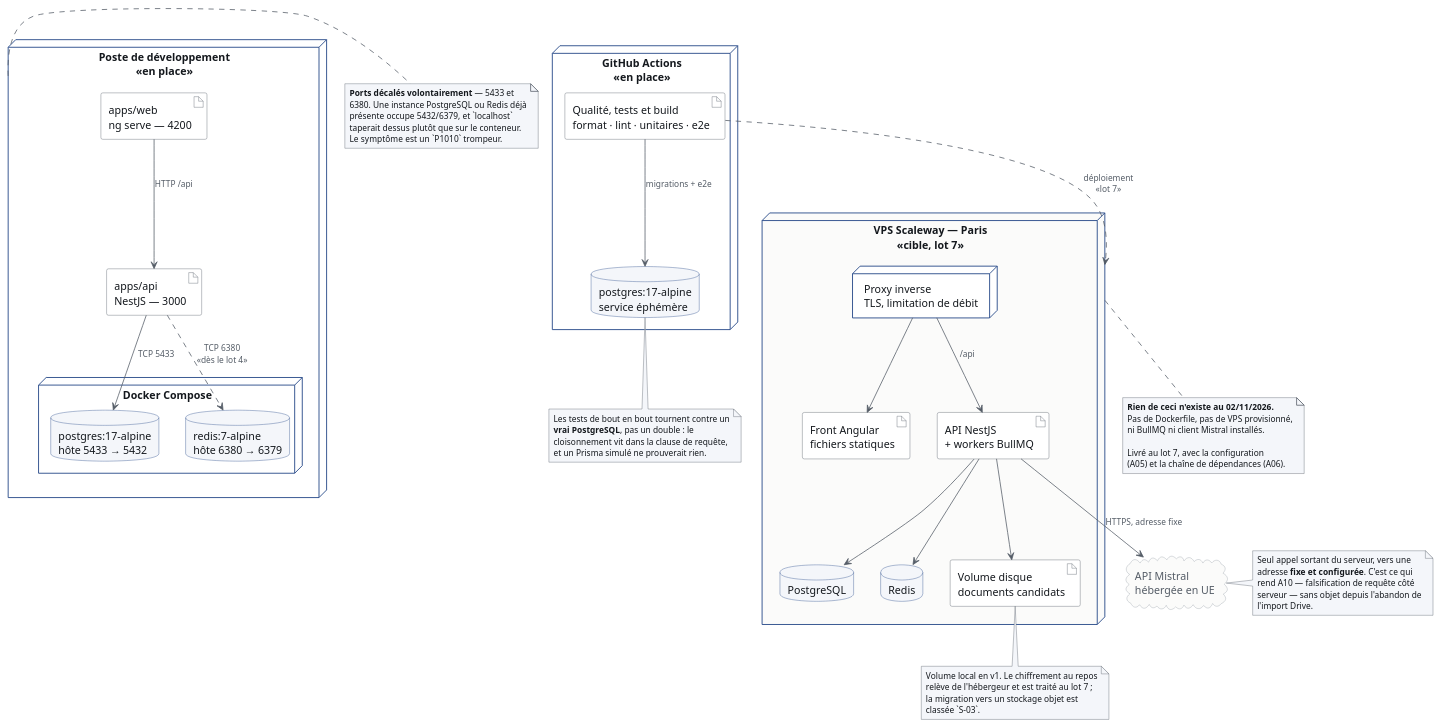
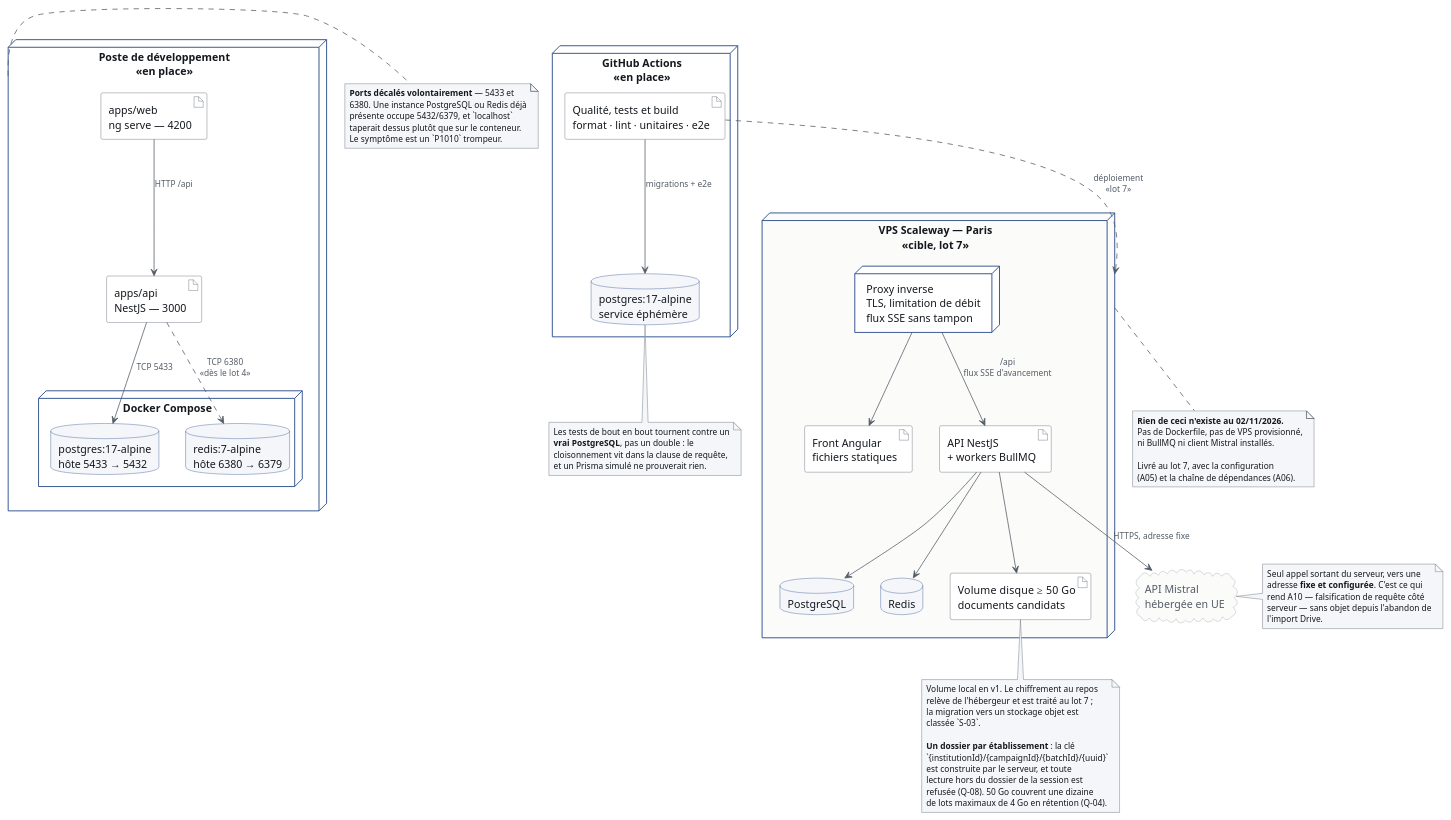
One commit to XamTV/Probo changed the diagram in docs/conception/diagramme-deploiement.puml. Above: the diagram before and after it, drawn with PlantUML. The commit also changed 4 other files, not shown here.

```diff
--- a/docs/conception/diagramme-deploiement.puml
+++ b/docs/conception/diagramme-deploiement.puml
@@ -1,134 +1,141 @@
 @startuml diagramme-deploiement
 ' Probo — diagramme de déploiement
 '
 ' Deux environnements, et la distinction est le propos du diagramme :
 '
 '   EN PLACE    — ce qui tourne aujourd'hui : le poste de développement et la
 '                 chaîne d'intégration continue.
 '   CIBLE       — la production, qui n'existe pas encore. Aucun Dockerfile
 '                 n'est écrit, aucun VPS n'est provisionné. Elle est livrée au
 '                 lot 7, avec A05 et A06 du plan de sécurisation.
 '
 ' Les mentionner ensemble sans les distinguer reviendrait à revendiquer une
 ' capacité non implémentée. Le trait pointillé et la mention « lot 7 » portent
 ' cette distinction.
 
 skinparam shadowing false
 skinparam defaultFontName Helvetica
 skinparam node {
   BackgroundColor #FFFFFF
   BorderColor #294B8A
   BorderThickness 1.2
   FontColor #14181D
 }
 skinparam database {
   BackgroundColor #F4F6FA
   BorderColor #294B8A
   FontColor #14181D
 }
 skinparam cloud {
   BackgroundColor #FBFBFA
   BorderColor #9AA1A9
   FontColor #545C66
 }
 skinparam artifact {
   BackgroundColor #FFFFFF
   BorderColor #545C66
   FontColor #14181D
 }
 skinparam note {
   BackgroundColor #F4F6FA
   BorderColor #545C66
   FontColor #14181D
   FontSize 11
 }
 skinparam arrow {
   Color #545C66
   FontColor #545C66
   FontSize 11
 }
 
 ' ───────────────────────────── EN PLACE ─────────────────────────────
 
 node "Poste de développement\n<<en place>>" as POSTE {
   artifact "apps/web\nng serve — 4200" as WEB_DEV
   artifact "apps/api\nNestJS — 3000" as API_DEV
 
   node "Docker Compose" as COMPOSE {
     database "postgres:17-alpine\nhôte 5433 → 5432" as PG_DEV
     database "redis:7-alpine\nhôte 6380 → 6379" as REDIS_DEV
   }
 }
 
 node "GitHub Actions\n<<en place>>" as CI {
   artifact "Qualité, tests et build\nformat · lint · unitaires · e2e" as JOB
   database "postgres:17-alpine\nservice éphémère" as PG_CI
 }
 
 WEB_DEV --> API_DEV : HTTP /api
 API_DEV --> PG_DEV : TCP 5433
 API_DEV ..> REDIS_DEV : TCP 6380\n<<dès le lot 4>>
 JOB --> PG_CI : migrations + e2e
 
 ' ───────────────────────────── CIBLE, LOT 7 ─────────────────────────
 
 node "VPS Scaleway — Paris\n<<cible, lot 7>>" as VPS #FBFBFA {
-  node "Proxy inverse\nTLS, limitation de débit" as PROXY
+  node "Proxy inverse\nTLS, limitation de débit\nflux SSE sans tampon" as PROXY
   artifact "Front Angular\nfichiers statiques" as WEB_PROD
   artifact "API NestJS\n+ workers BullMQ" as API_PROD
   database "PostgreSQL" as PG_PROD
   database "Redis" as REDIS_PROD
-  artifact "Volume disque\ndocuments candidats" as DISQUE
+  artifact "Volume disque ≥ 50 Go\ndocuments candidats" as DISQUE
 }
 
 cloud "API Mistral\nhébergée en UE" as MISTRAL
 
 PROXY --> WEB_PROD
-PROXY --> API_PROD : /api
+PROXY --> API_PROD : /api\nflux SSE d'avancement
 API_PROD --> PG_PROD
 API_PROD --> REDIS_PROD
 API_PROD --> DISQUE
 API_PROD --> MISTRAL : HTTPS, adresse fixe
 
 JOB ..> VPS : déploiement\n<<lot 7>>
 
 note bottom of VPS
   **Rien de ceci n'existe au 02/11/2026.**
   Pas de Dockerfile, pas de VPS provisionné,
   ni BullMQ ni client Mistral installés.
 
   Livré au lot 7, avec la configuration
   (A05) et la chaîne de dépendances (A06).
 end note
 
 note right of POSTE
   **Ports décalés volontairement** — 5433 et
   6380. Une instance PostgreSQL ou Redis déjà
   présente occupe 5432/6379, et `localhost`
   taperait dessus plutôt que sur le conteneur.
   Le symptôme est un `P1010` trompeur.
 end note
 
 note bottom of PG_CI
   Les tests de bout en bout tournent contre un
   **vrai PostgreSQL**, pas un double : le
   cloisonnement vit dans la clause de requête,
   et un Prisma simulé ne prouverait rien.
 end note
 
 note right of MISTRAL
   Seul appel sortant du serveur, vers une
   adresse **fixe et configurée**. C'est ce qui
   rend A10 — falsification de requête côté
   serveur — sans objet depuis l'abandon de
   l'import Drive.
 end note
 
 note bottom of DISQUE
   Volume local en v1. Le chiffrement au repos
   relève de l'hébergeur et est traité au lot 7 ;
   la migration vers un stockage objet est
   classée `S-03`.
+
+  **Un dossier par établissement** : la clé
+  `{institutionId}/{campaignId}/{batchId}/{uuid}`
+  est construite par le serveur, et toute
+  lecture hors du dossier de la session est
+  refusée (Q-08). 50 Go couvrent une dizaine
+  de lots maximaux de 4 Go en rétention (Q-04).
 end note
 
 @enduml
```
